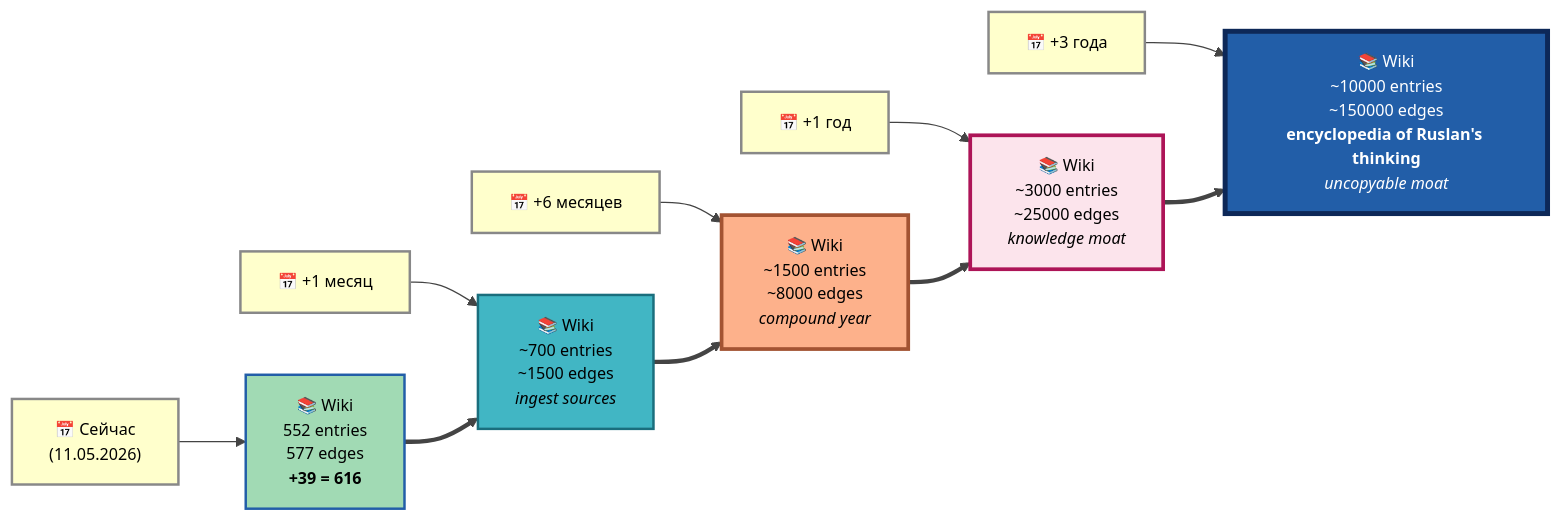
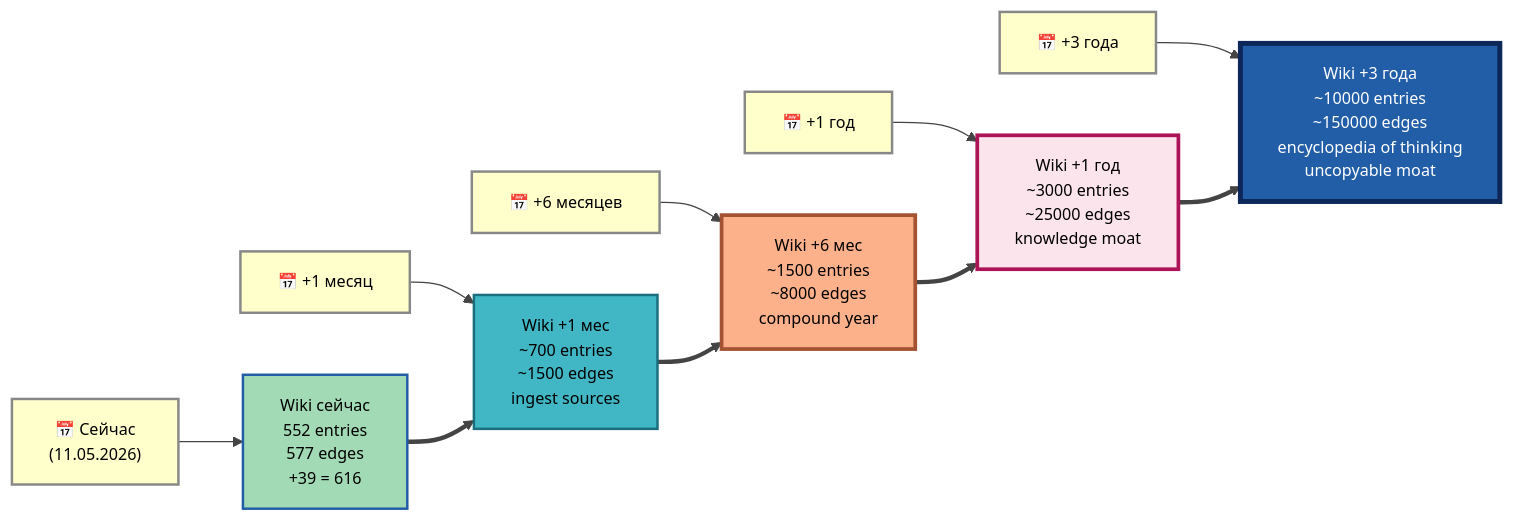
Before and after one commit to Bogersebekov/jetix-os: the fifth of 5 diagrams in reports/wiki-edges-deep-explanation-2026-05-11.md, drawn with Mermaid. The commit also changed other lines of this file, not shown here.

Commit message:
[fix] wiki-edges-deep-explanation mermaid syntax fixes — remove nested HTML tags + cylinder/circle shapes (parse errors on §4.1, §5.2, §6.5)

````diff
--- a/reports/wiki-edges-deep-explanation-2026-05-11.md
+++ b/reports/wiki-edges-deep-explanation-2026-05-11.md
@@ -355,34 +355,34 @@
 ```mermaid
 %%{init: {'theme':'base', 'themeVariables': {'primaryColor':'#a1dab4', 'primaryTextColor':'#000', 'primaryBorderColor':'#225ea8', 'lineColor':'#444', 'fontFamily':'Inter, system-ui, sans-serif', 'fontSize':'13px'}}}%%
 flowchart LR
 
     T0["📅 Сейчас<br/>(11.05.2026)"]:::time
     T1["📅 +1 месяц"]:::time
     T2["📅 +6 месяцев"]:::time
     T3["📅 +1 год"]:::time
     T4["📅 +3 года"]:::time
 
-    W0["📚 Wiki<br/>552 entries<br/>577 edges<br/><b>+39 = 616</b>"]:::small
-    W1["📚 Wiki<br/>~700 entries<br/>~1500 edges<br/><i>ingest sources</i>"]:::medium
-    W2["📚 Wiki<br/>~1500 entries<br/>~8000 edges<br/><i>compound year</i>"]:::large
-    W3["📚 Wiki<br/>~3000 entries<br/>~25000 edges<br/><i>knowledge moat</i>"]:::huge
-    W4["📚 Wiki<br/>~10000 entries<br/>~150000 edges<br/><b>encyclopedia of Ruslan's thinking</b><br/><i>uncopyable moat</i>"]:::massive
+    W0["Wiki сейчас<br/>552 entries<br/>577 edges<br/>+39 = 616"]:::small
+    W1["Wiki +1 мес<br/>~700 entries<br/>~1500 edges<br/>ingest sources"]:::medium
+    W2["Wiki +6 мес<br/>~1500 entries<br/>~8000 edges<br/>compound year"]:::large
+    W3["Wiki +1 год<br/>~3000 entries<br/>~25000 edges<br/>knowledge moat"]:::huge
+    W4["Wiki +3 года<br/>~10000 entries<br/>~150000 edges<br/>encyclopedia of thinking<br/>uncopyable moat"]:::massive
 
     T0 --> W0
     T1 --> W1
     T2 --> W2
     T3 --> W3
     T4 --> W4
 
     W0 ==> W1
     W1 ==> W2
     W2 ==> W3
     W3 ==> W4
 
     classDef time fill:#ffffcc,stroke:#888,stroke-width:2px,color:#000
     classDef small fill:#a1dab4,stroke:#225ea8,stroke-width:2px,color:#000
     classDef medium fill:#41b6c4,stroke:#1a6e7d,stroke-width:2px,color:#000
     classDef large fill:#fdb18b,stroke:#a35332,stroke-width:3px,color:#000
     classDef huge fill:#fce4ec,stroke:#ad1457,stroke-width:3px,color:#000
     classDef massive fill:#225ea8,stroke:#0d2858,stroke-width:4px,color:#fff
 ```
````
